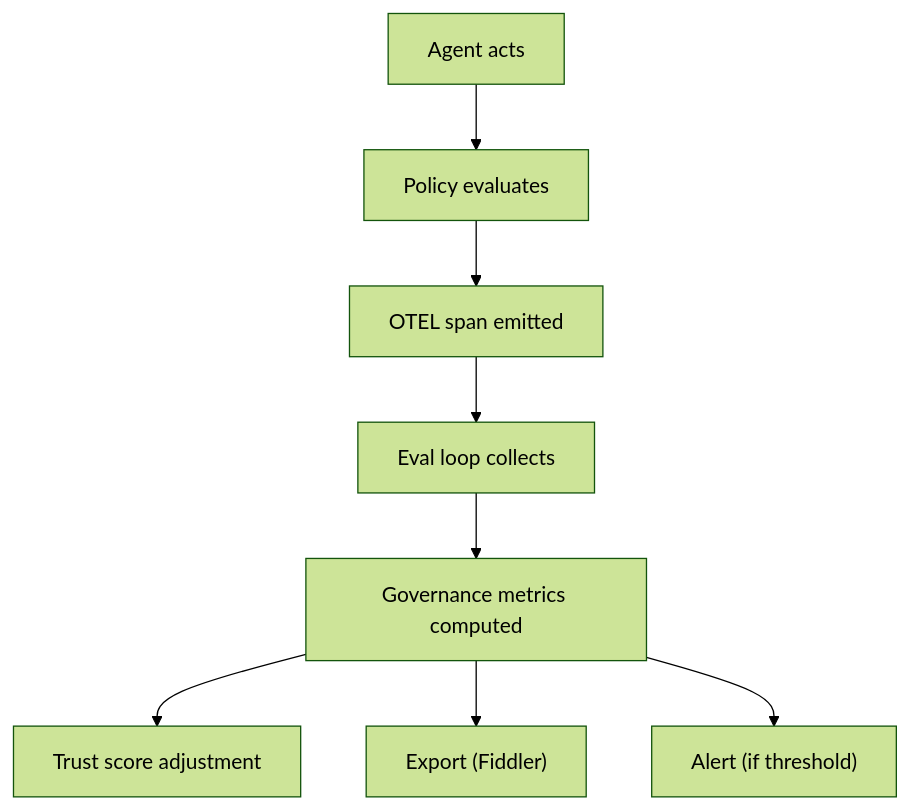
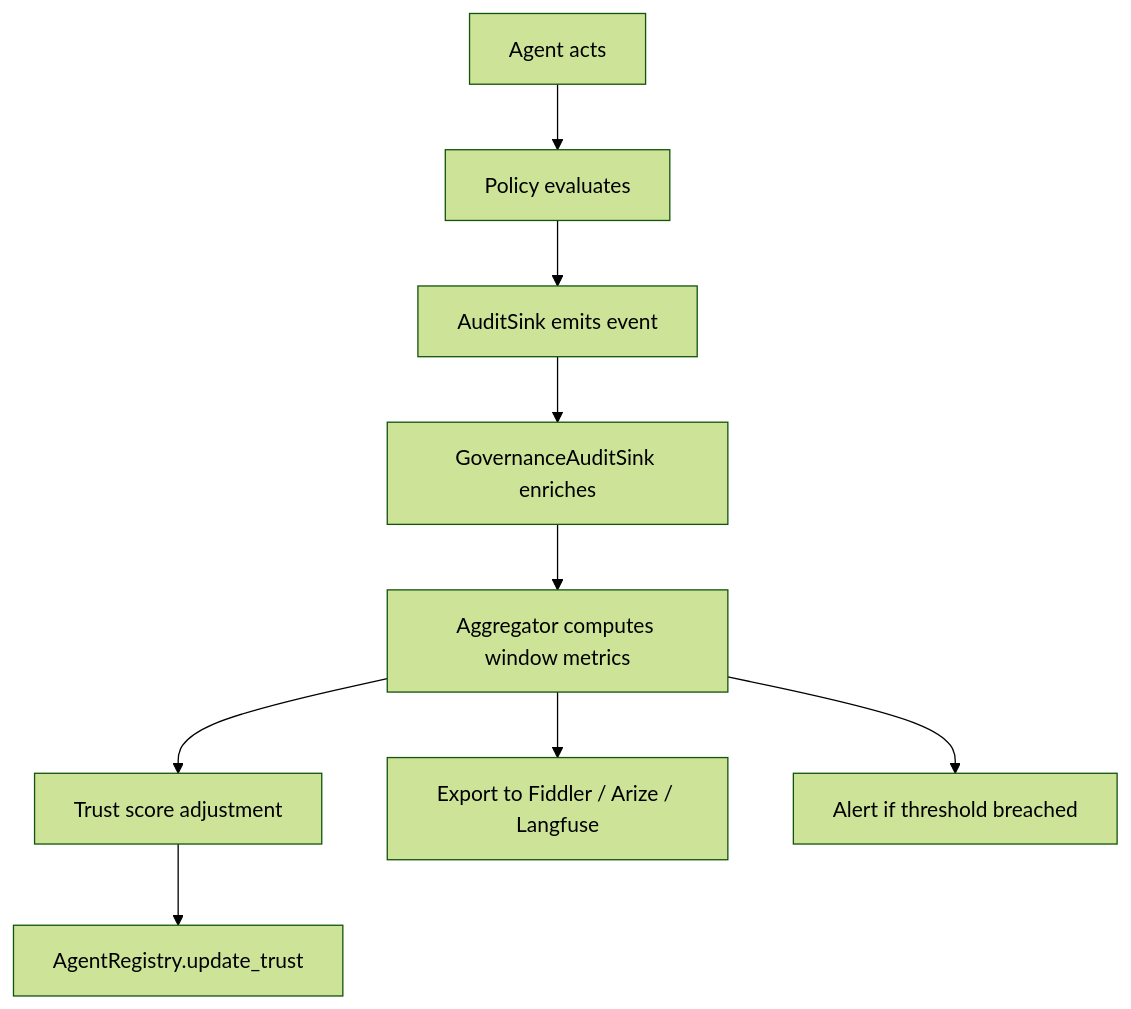
Before and after one commit to civitas-io/presidium: the diagram in docs/design/eval-framework.md, drawn with Mermaid (forest theme). The commit also changed other lines of this file and 7 other files, not shown here.

````diff
--- a/docs/design/eval-framework.md
+++ b/docs/design/eval-framework.md
@@ -70,10 +121,11 @@
 ```mermaid
 flowchart TD
     A[Agent acts] --> B[Policy evaluates]
-    B --> C[OTEL span emitted]
-    C --> D[Eval loop collects]
-    D --> E[Governance metrics computed]
+    B --> C[AuditSink emits event]
+    C --> D[GovernanceAuditSink enriches]
+    D --> E[Aggregator computes window metrics]
     E --> F[Trust score adjustment]
-    E --> G["Export (Fiddler)"]
-    E --> H["Alert (if threshold)"]
+    E --> G[Export to Fiddler / Arize / Langfuse]
+    E --> H[Alert if threshold breached]
+    F --> I[AgentRegistry.update_trust]
 ```
````
